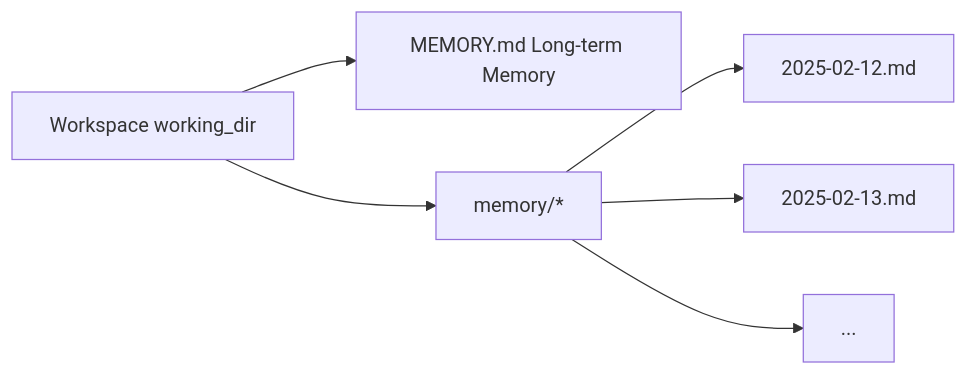
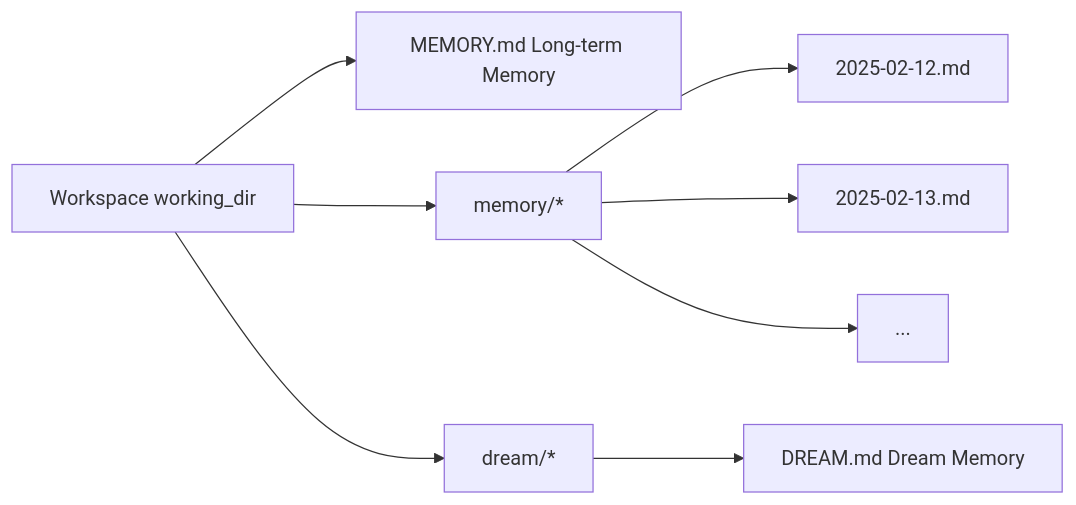
The second of 3 diagrams in website/public/docs/memory.en.md (agentscope-ai/QwenPaw), drawn with Mermaid before and after one commit. The commit also changed other lines of this file and 8 other files, not shown here.

First line of the commit message:
``` feat(memory): add dream-based memory optimization feature

````diff
--- a/website/public/docs/memory.en.md
+++ b/website/public/docs/memory.en.md
@@ -42,8 +43,10 @@
 ```mermaid
 graph LR
     Workspace[Workspace working_dir] --> MEMORY[MEMORY.md Long-term Memory]
     Workspace --> MemDir[memory/*]
+    Workspace --> DreamDir[dream/*]
     MemDir --> Day1[2025-02-12.md]
     MemDir --> Day2[2025-02-13.md]
     MemDir --> DayN[...]
+    DreamDir --> DREAM[DREAM.md Dream Memory]
 ```
````
